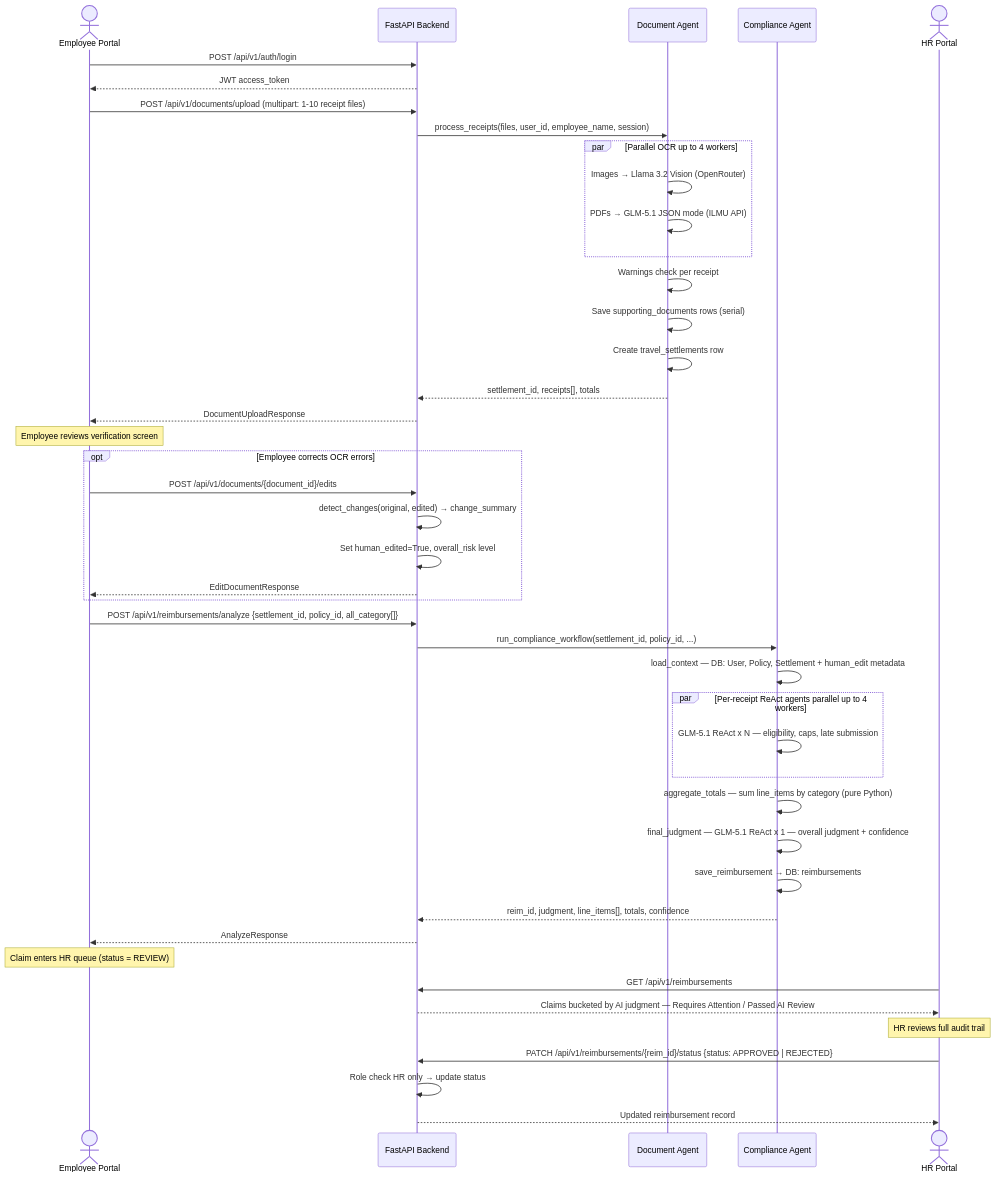
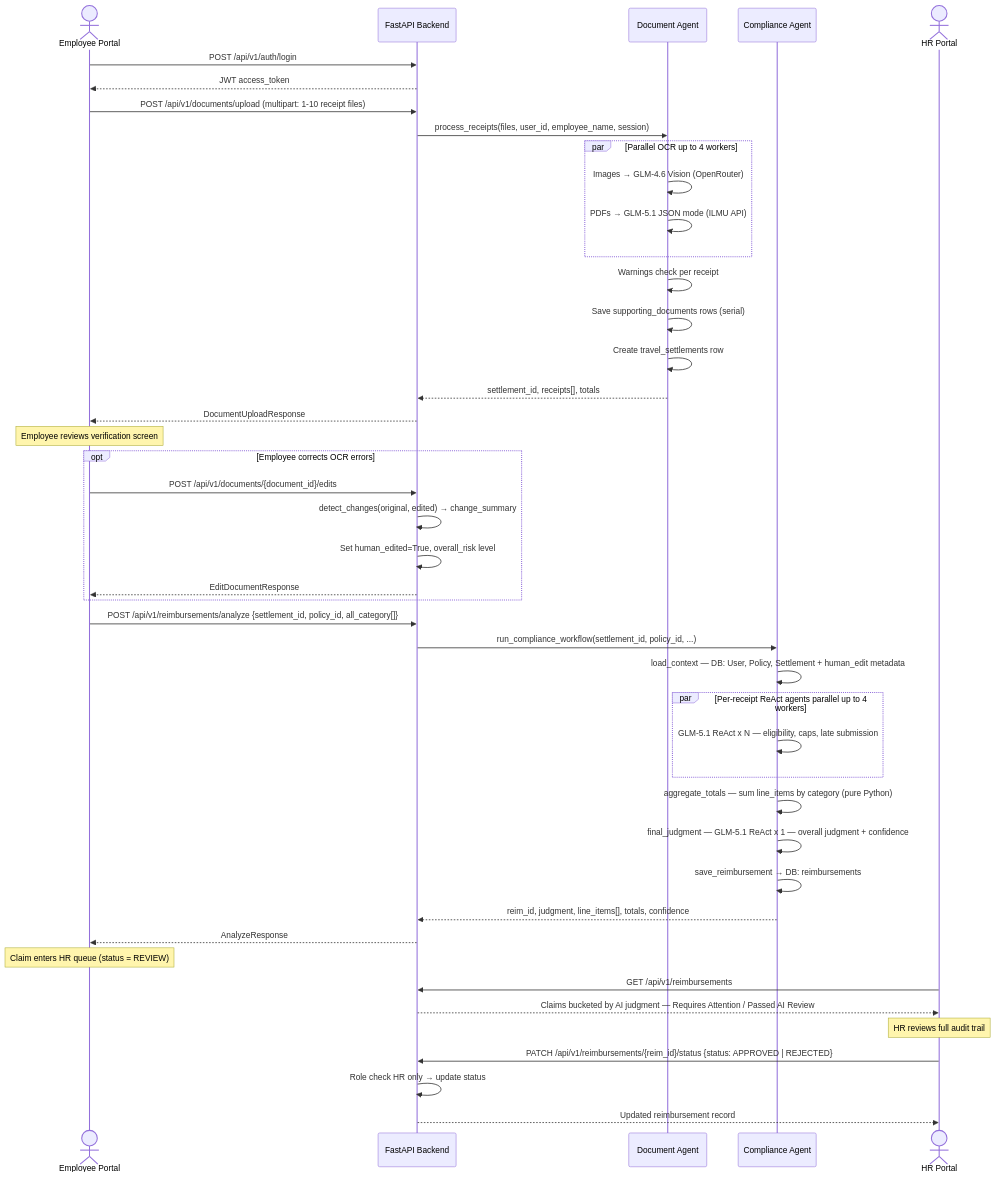
One commit to FilbertNg/reclaim_backup changed the third of 8 diagrams in docs/ai-templates/sad/SAD_Mermaid_Diagram.md. Above: the diagram before and after it, drawn with Mermaid. The commit also changed other lines of this file and 1 other file, not shown here.

Commit message:
docs: changing the vision model to GLM 4.6v to SAD

````diff
--- a/docs/ai-templates/sad/SAD_Mermaid_Diagram.md
+++ b/docs/ai-templates/sad/SAD_Mermaid_Diagram.md
@@ -87,61 +81,61 @@
 ```mermaid
 sequenceDiagram
     actor Employee as Employee Portal
     participant API as FastAPI Backend
     participant DocAgent as Document Agent
     participant CompAgent as Compliance Agent
     actor HR as HR Portal
 
     Employee->>API: POST /api/v1/auth/login
     API-->>Employee: JWT access_token
 
     Employee->>API: POST /api/v1/documents/upload (multipart: 1-10 receipt files)
     API->>DocAgent: process_receipts(files, user_id, employee_name, session)
 
     par Parallel OCR up to 4 workers
-        DocAgent->>DocAgent: Images → Llama 3.2 Vision (OpenRouter)
+        DocAgent->>DocAgent: Images → GLM-4.6 Vision (OpenRouter)
         DocAgent->>DocAgent: PDFs → GLM-5.1 JSON mode (ILMU API)
     end
 
     DocAgent->>DocAgent: Warnings check per receipt
     DocAgent->>DocAgent: Save supporting_documents rows (serial)
     DocAgent->>DocAgent: Create travel_settlements row
     DocAgent-->>API: settlement_id, receipts[], totals
     API-->>Employee: DocumentUploadResponse
 
     Note over Employee: Employee reviews verification screen
 
     opt Employee corrects OCR errors
         Employee->>API: POST /api/v1/documents/{document_id}/edits
         API->>API: detect_changes(original, edited) → change_summary
         API->>API: Set human_edited=True, overall_risk level
         API-->>Employee: EditDocumentResponse
     end
 
     Employee->>API: POST /api/v1/reimbursements/analyze {settlement_id, policy_id, all_category[]}
     API->>CompAgent: run_compliance_workflow(settlement_id, policy_id, ...)
 
     CompAgent->>CompAgent: load_context — DB: User, Policy, Settlement + human_edit metadata
 
     par Per-receipt ReAct agents parallel up to 4 workers
         CompAgent->>CompAgent: GLM-5.1 ReAct x N — eligibility, caps, late submission
     end
 
     CompAgent->>CompAgent: aggregate_totals — sum line_items by category (pure Python)
     CompAgent->>CompAgent: final_judgment — GLM-5.1 ReAct x 1 — overall judgment + confidence
     CompAgent->>CompAgent: save_reimbursement → DB: reimbursements
 
     CompAgent-->>API: reim_id, judgment, line_items[], totals, confidence
     API-->>Employee: AnalyzeResponse
 
     Note over Employee: Claim enters HR queue (status = REVIEW)
 
     HR->>API: GET /api/v1/reimbursements
     API-->>HR: Claims bucketed by AI judgment — Requires Attention / Passed AI Review
 
     Note over HR: HR reviews full audit trail
 
     HR->>API: PATCH /api/v1/reimbursements/{reim_id}/status {status: APPROVED | REJECTED}
     API->>API: Role check HR only → update status
     API-->>HR: Updated reimbursement record
 ```
````
